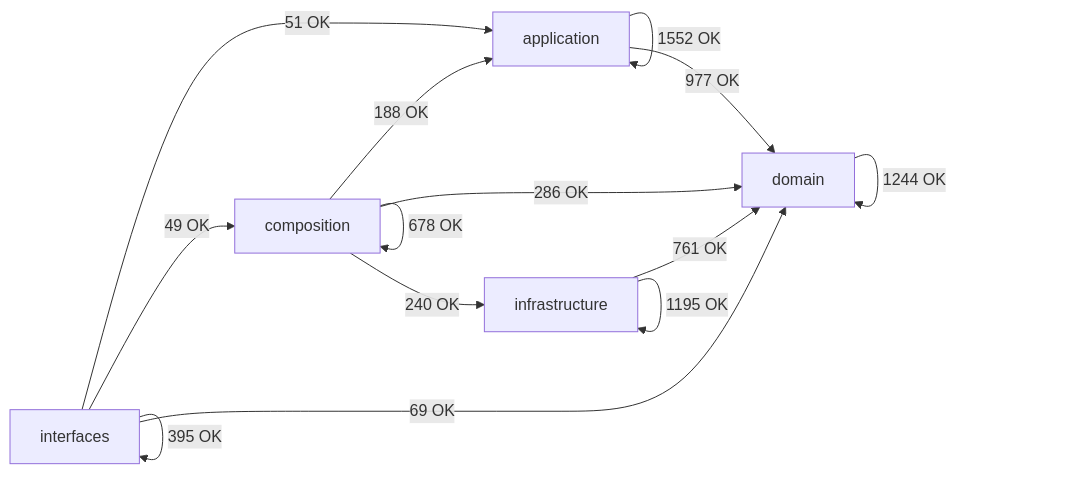
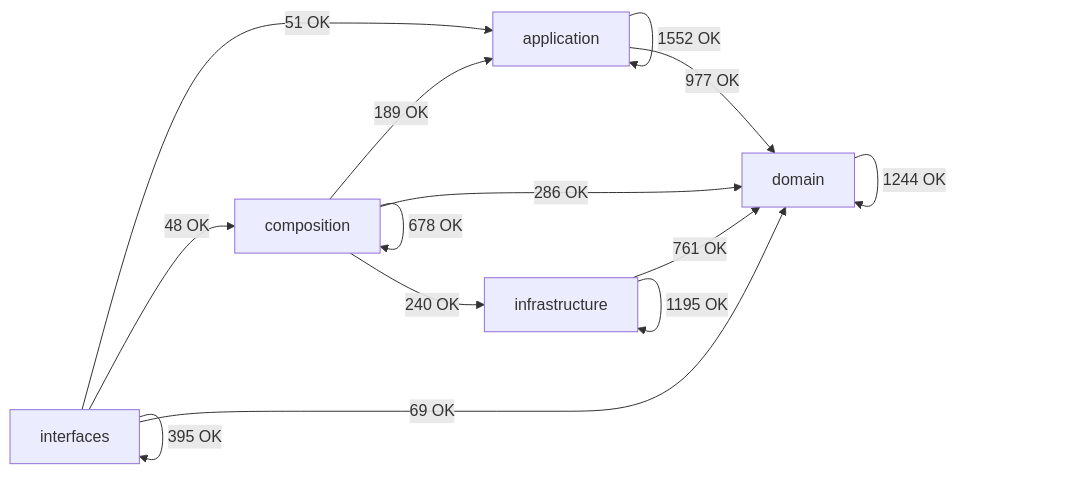
The diagram in docs/02-architecture/generated/module-dependency-map.md (SatoryKono/BioactivityDataAcquisition), drawn with Mermaid before and after one commit. The commit also changed other lines of this file and 14 other files, not shown here.

````diff
--- a/docs/02-architecture/generated/module-dependency-map.md
+++ b/docs/02-architecture/generated/module-dependency-map.md
@@ -17,21 +17,21 @@
 ```mermaid
 flowchart LR
     domain[domain]
     application[application]
     infrastructure[infrastructure]
     composition[composition]
     interfaces[interfaces]
     application -->|1552 OK| application
     application -->|977 OK| domain
-    composition -->|188 OK| application
+    composition -->|189 OK| application
     composition -->|678 OK| composition
     composition -->|286 OK| domain
     composition -->|240 OK| infrastructure
     domain -->|1244 OK| domain
     infrastructure -->|761 OK| domain
     infrastructure -->|1195 OK| infrastructure
     interfaces -->|51 OK| application
-    interfaces -->|49 OK| composition
+    interfaces -->|48 OK| composition
     interfaces -->|69 OK| domain
     interfaces -->|395 OK| interfaces
 ```
````
